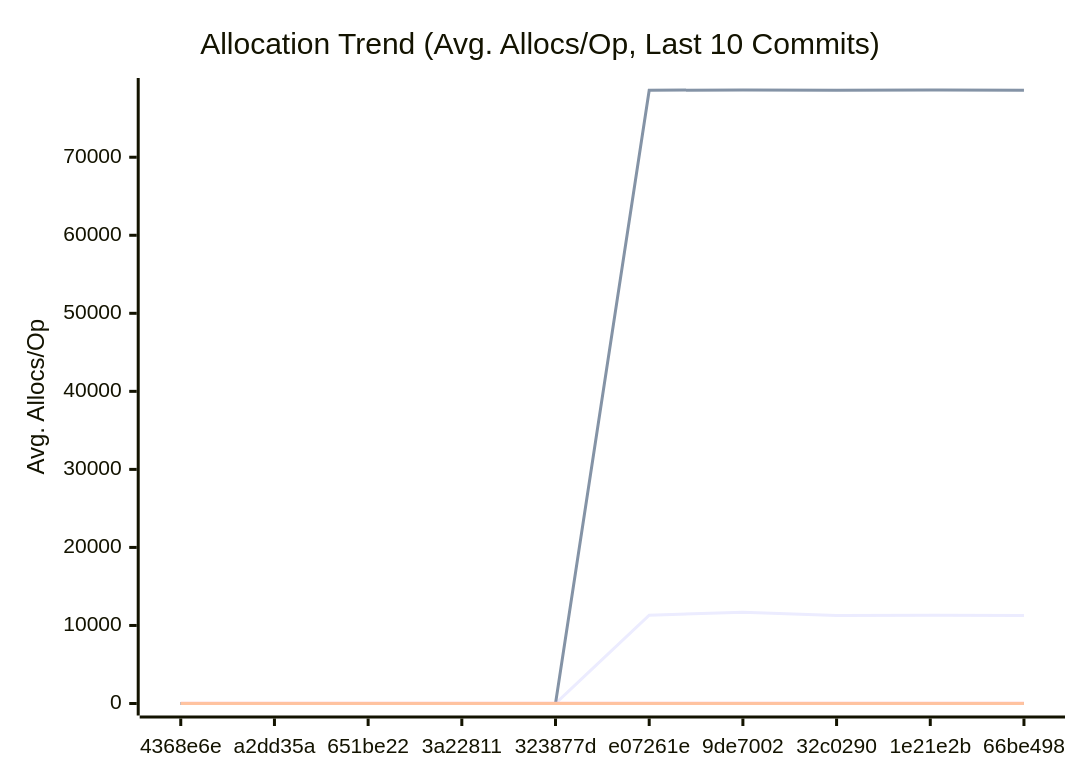
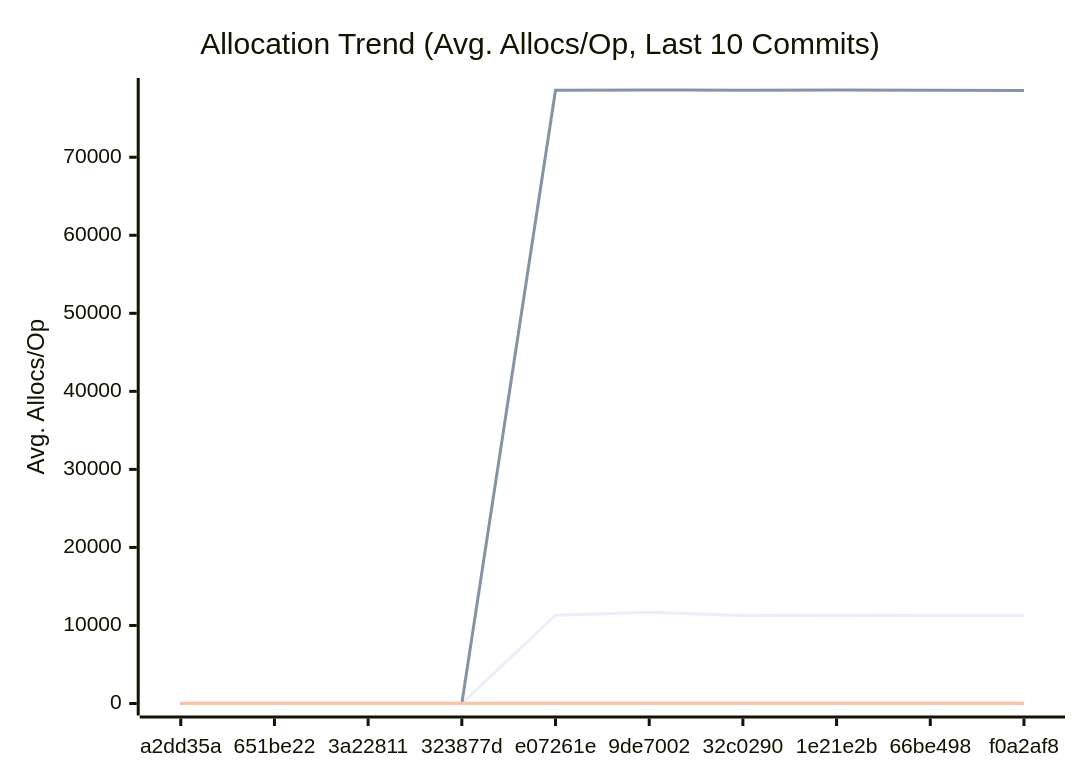
Before and after one commit to alsotoes/momo: the third of 3 diagrams in docs/PERFORMANCE.md, drawn with Mermaid. The commit also changed other lines of this file and 8 other files, not shown here.

````diff
--- a/docs/PERFORMANCE.md
+++ b/docs/PERFORMANCE.md
@@ -197,20 +197,20 @@
 ```mermaid
 xychart-beta
     title "Allocation Trend (Avg. Allocs/Op, Last 10 Commits)"
     x-axis "Commit"
     y-axis "Avg. Allocs/Op"
-    x-axis [4368e6e,a2dd35a,651be22,3a22811,323877d,e07261e,9de7002,32c0290,1e21e2b,66be498]
-    line "AWSChunkedReaderSigned" [0,0,0,0,0,11316,11705,11290,11320,11284]
-    line "AWSChunkedReaderUnsigned" [0,0,0,0,0,78590,78616,78594,78612,78570]
+    x-axis [a2dd35a,651be22,3a22811,323877d,e07261e,9de7002,32c0290,1e21e2b,66be498,f0a2af8]
+    line "AWSChunkedReaderSigned" [0,0,0,0,11316,11705,11290,11320,11284,11279]
+    line "AWSChunkedReaderUnsigned" [0,0,0,0,78590,78616,78594,78612,78570,78565]
     line "CheckMetricsAndSwap" [0,0,0,0,0,0,0,0,0,0]
     line "CrushOptimized" [0,0,0,0,0,0,0,0,0,0]
     line "CrushOriginal" [3,3,3,3,3,3,3,3,3,3]
     line "IndexDirectTracking" [0,0,0,0,0,0,0,0,0,0]
     line "IndexSearch" [0,0,0,0,0,0,0,0,0,0]
     line "LoadGlobalConfig" [46,46,46,46,46,46,46,46,46,46]
     line "PadString" [1,1,1,1,1,1,1,1,1,1]
     line "ParseReplicationOrder_NoPrealloc" [6,6,6,6,6,5,5,5,5,5]
     line "ParseReplicationOrder_Prealloc" [2,2,2,2,2,1,1,1,1,1]
     line "SanitizeLog/Safe" [0,0,0,0,0,0,0,0,0,0]
     line "SanitizeLog/Unsafe" [1,1,1,1,1,1,1,1,1,1]
 ```
````
